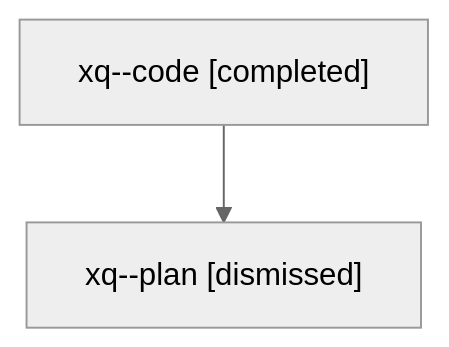
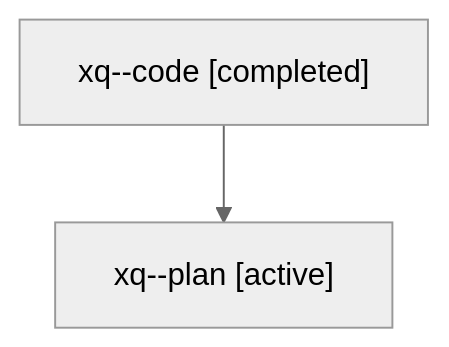
The diagram in families/bbugyi200.athena.xq.md (sase-org/sase--agents), drawn with Mermaid (neutral theme) before and after one commit. The commit also changed other lines of this file and 35830 other files, not shown here.

````diff
--- a/families/bbugyi200.athena.xq.md
+++ b/families/bbugyi200.athena.xq.md
@@ -9,6 +9,6 @@
 ```mermaid
 flowchart TD
   n0["xq--code [completed]"]
-  n1["xq--plan [dismissed]"]
+  n1["xq--plan [active]"]
   n0 --> n1
 ```
````
